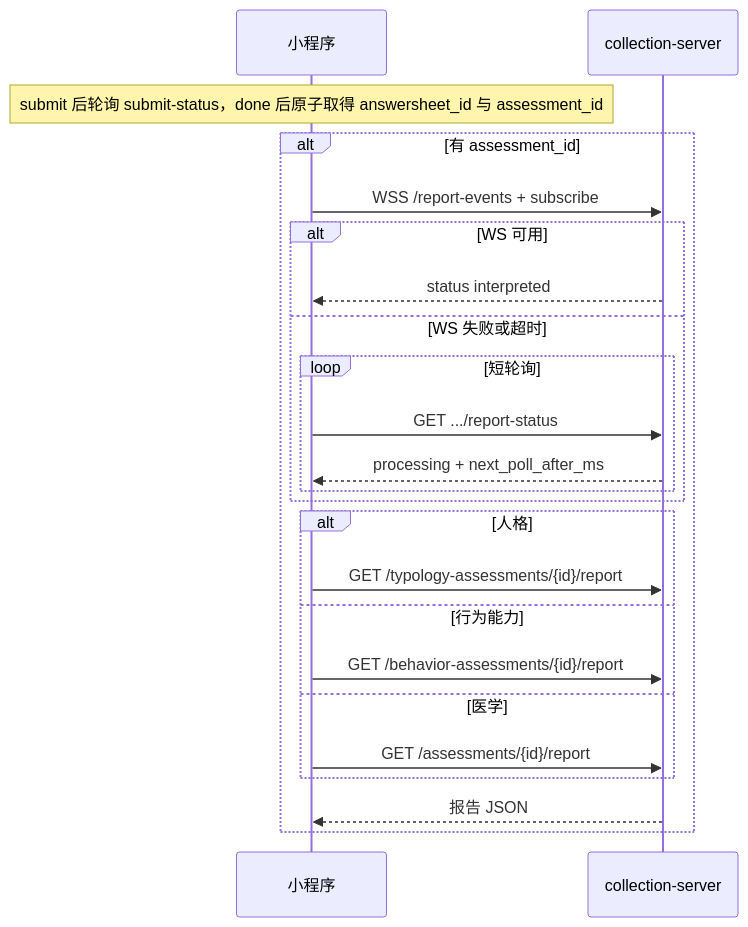
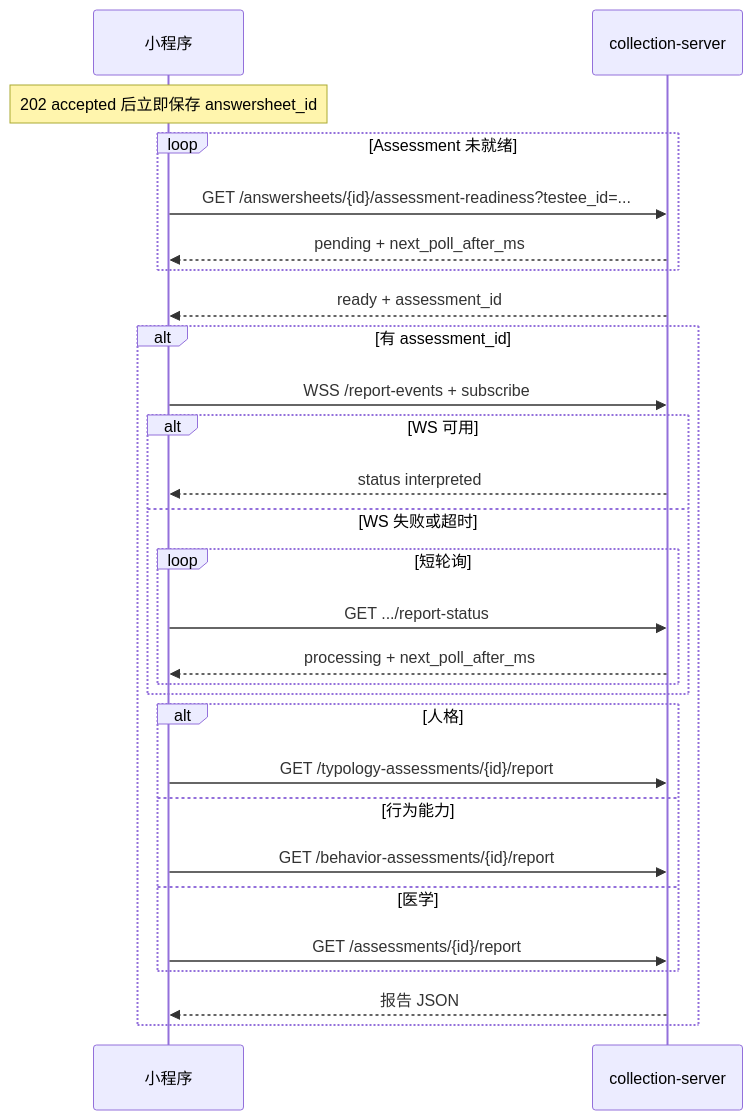
The diagram in docs/12-小程序报告等待接入指南.md (FangcunMount/qs-collection-system), drawn with Mermaid before and after one commit. The commit also changed other lines of this file and 28 other files, not shown here.

````diff
--- a/docs/12-小程序报告等待接入指南.md
+++ b/docs/12-小程序报告等待接入指南.md
@@ -270,27 +270,32 @@
 ```mermaid
 sequenceDiagram
     participant MP as 小程序
     participant CS as collection-server
 
-    Note over MP: submit 后轮询 submit-status，done 后原子取得 answersheet_id 与 assessment_id
+    Note over MP: 202 accepted 后立即保存 answersheet_id
+    loop Assessment 未就绪
+        MP->>CS: GET /answersheets/{id}/assessment-readiness?testee_id=...
+        CS-->>MP: pending + next_poll_after_ms
+    end
+    CS-->>MP: ready + assessment_id
 
     alt 有 assessment_id
         MP->>CS: WSS /report-events + subscribe
         alt WS 可用
             CS-->>MP: status interpreted
         else WS 失败或超时
             loop 短轮询
                 MP->>CS: GET .../report-status
                 CS-->>MP: processing + next_poll_after_ms
             end
         end
         alt 人格
             MP->>CS: GET /typology-assessments/{id}/report
         else 行为能力
             MP->>CS: GET /behavior-assessments/{id}/report
         else 医学
             MP->>CS: GET /assessments/{id}/report
         end
         CS-->>MP: 报告 JSON
     end
 ```
````
